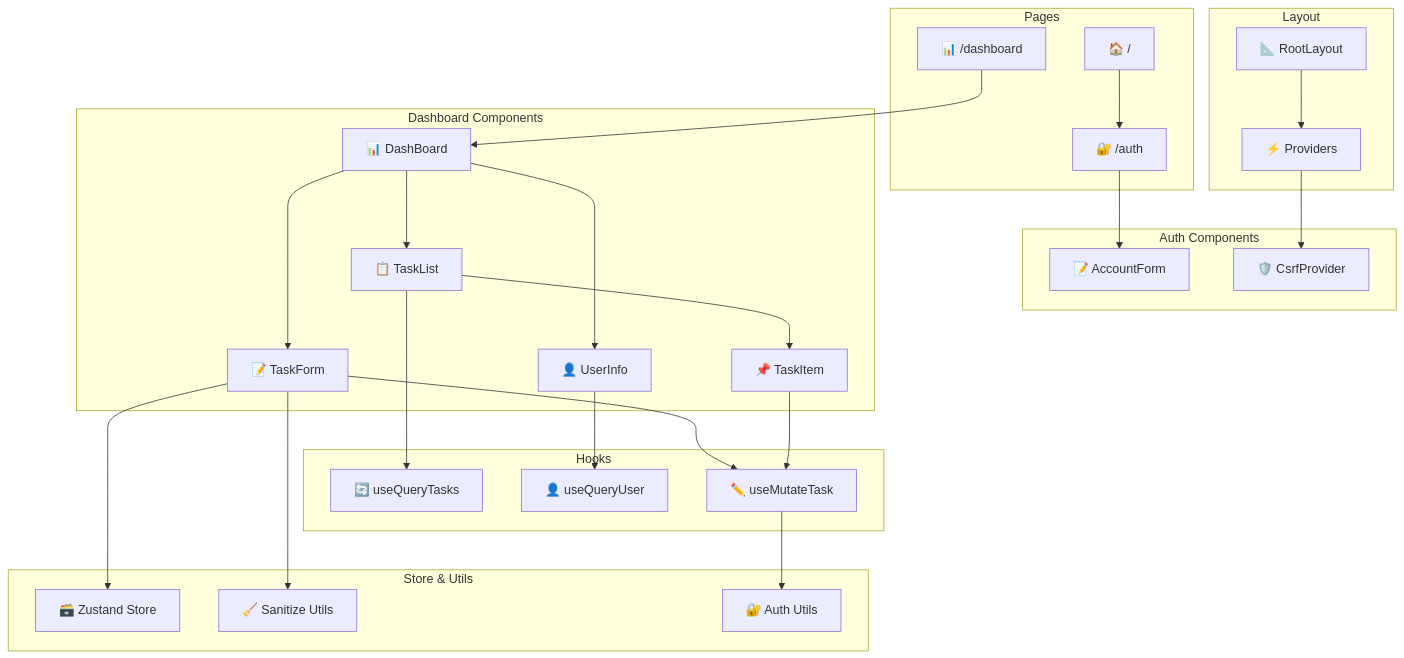
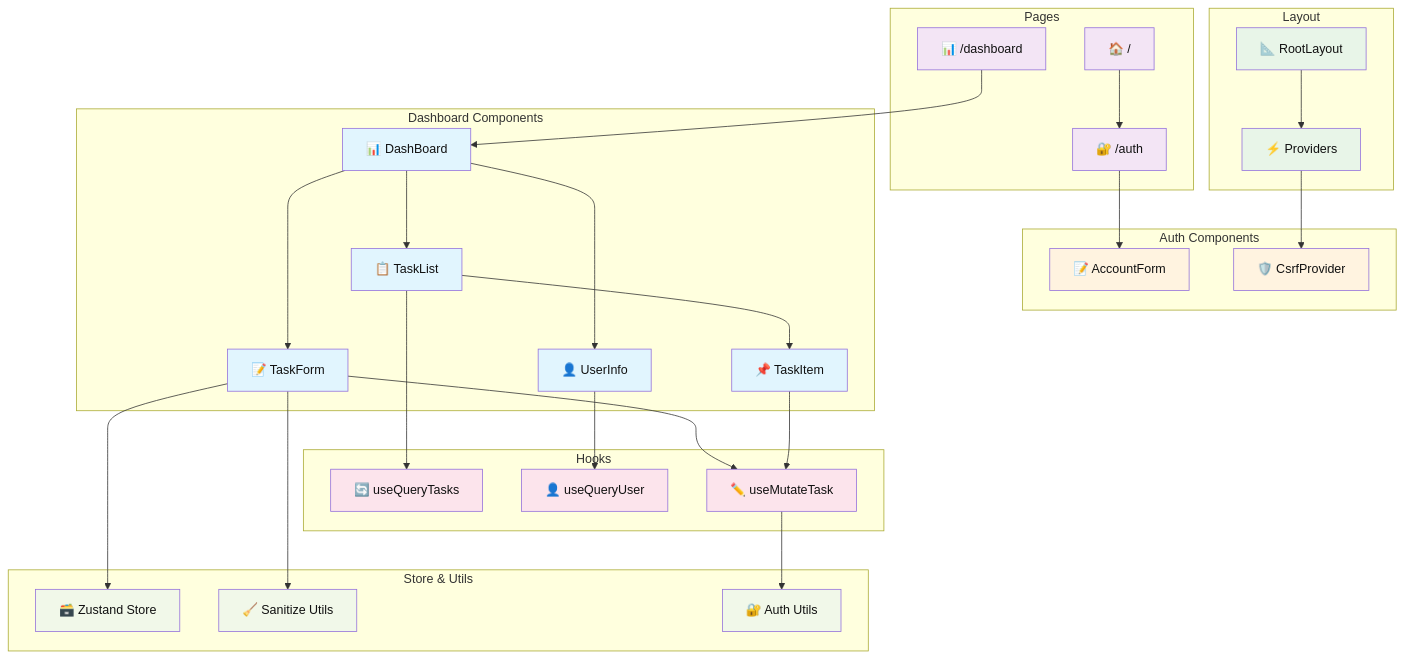
Before and after one commit to hideaki1979/ud_NestJS_NextJS: the second of 2 diagrams in next-frontend/README.md, drawn with Mermaid. The commit also changed other lines of this file and 2 other files, not shown here.

Commit message:
feat: README作成

````diff
--- a/next-frontend/README.md
+++ b/next-frontend/README.md
@@ -137,59 +138,78 @@
 ```mermaid
 graph TB
     subgraph "Pages"
         AUTH[🔐 /auth]
         DASH[📊 /dashboard]
         HOME[🏠 /]
     end
 
     subgraph "Layout"
         LAYOUT[📐 RootLayout]
         PROVIDERS[⚡ Providers]
     end
 
     subgraph "Auth Components"
         ACCOUNT[📝 AccountForm]
         CSRF[🛡️ CsrfProvider]
     end
 
     subgraph "Dashboard Components"
         DASHBOARD[📊 DashBoard]
         USER[👤 UserInfo]
         TASK_FORM[📝 TaskForm]
         TASK_LIST[📋 TaskList]
         TASK_ITEM[📌 TaskItem]
     end
 
     subgraph "Hooks"
         QUERY_TASKS[🔄 useQueryTasks]
         QUERY_USER[👤 useQueryUser]
         MUTATE_TASK[✏️ useMutateTask]
     end
 
     subgraph "Store & Utils"
         STORE[🗃️ Zustand Store]
         SANITIZE[🧹 Sanitize Utils]
         AUTH_UTILS[🔐 Auth Utils]
     end
 
     HOME --> AUTH
     AUTH --> ACCOUNT
     DASH --> DASHBOARD
 
     LAYOUT --> PROVIDERS
     PROVIDERS --> CSRF
 
     DASHBOARD --> USER
     DASHBOARD --> TASK_FORM
     DASHBOARD --> TASK_LIST
     TASK_LIST --> TASK_ITEM
 
     USER --> QUERY_USER
     TASK_FORM --> MUTATE_TASK
     TASK_FORM --> STORE
     TASK_LIST --> QUERY_TASKS
     TASK_ITEM --> MUTATE_TASK
 
     TASK_FORM --> SANITIZE
     MUTATE_TASK --> AUTH_UTILS
+
+    style AUTH fill:#f3e5f5,color:#111
+    style DASH fill:#f3e5f5,color:#111
+    style HOME fill:#f3e5f5,color:#111
+    style LAYOUT fill:#e8f5e8,color:#111
+    style PROVIDERS fill:#e8f5e8,color:#111
+    style ACCOUNT fill:#fff3e0,color:#111
+    style CSRF fill:#fff3e0,color:#111
+    style DASHBOARD fill:#e1f5fe,color:#111
+    style USER fill:#e1f5fe,color:#111
+    style TASK_FORM fill:#e1f5fe,color:#111
+    style TASK_LIST fill:#e1f5fe,color:#111
+    style TASK_ITEM fill:#e1f5fe,color:#111
+    style QUERY_TASKS fill:#fce4ec,color:#111
+    style QUERY_USER fill:#fce4ec,color:#111
+    style MUTATE_TASK fill:#fce4ec,color:#111
+    style STORE fill:#f1f8e9,color:#111
+    style SANITIZE fill:#f1f8e9,color:#111
+    style AUTH_UTILS fill:#f1f8e9,color:#111
 ```
````
